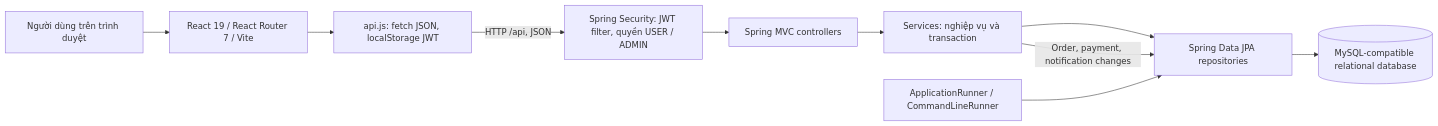
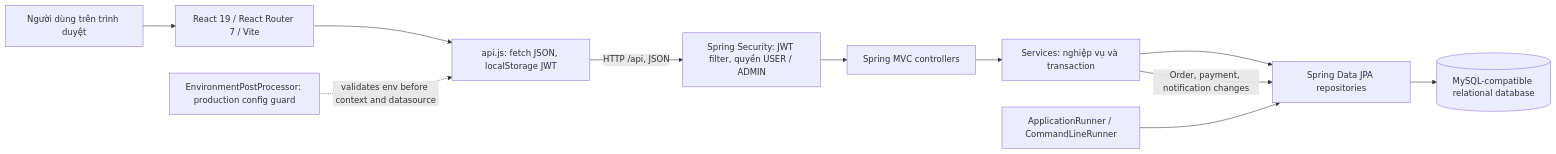
Before and after one commit to NguyenQuangDiep12/HeThongBanQuanAo: the diagram in docs/software-design/01-software-architecture.md, drawn with Mermaid. The commit also changed other lines of this file and 38 other files, not shown here.

````diff
--- a/docs/software-design/01-software-architecture.md
+++ b/docs/software-design/01-software-architecture.md
@@ -17,17 +17,19 @@
 ```mermaid
 flowchart LR
   U[Người dùng trên trình duyệt]
   FE[React 19 / React Router 7 / Vite]
   API[api.js: fetch JSON, localStorage JWT]
   SEC[Spring Security: JWT filter, quyền USER / ADMIN]
   CTRL[Spring MVC controllers]
   SVC[Services: nghiệp vụ và transaction]
   REPO[Spring Data JPA repositories]
   DB[(MySQL-compatible relational database)]
+  GUARD[EnvironmentPostProcessor: production config guard]
   RUN[ApplicationRunner / CommandLineRunner]
 
   U --> FE --> API -->|HTTP /api, JSON| SEC
   SEC --> CTRL --> SVC --> REPO --> DB
   RUN --> REPO
+  GUARD -. validates env before context and datasource .-> API
   SVC -->|Order, payment, notification changes| REPO
 ```
````
